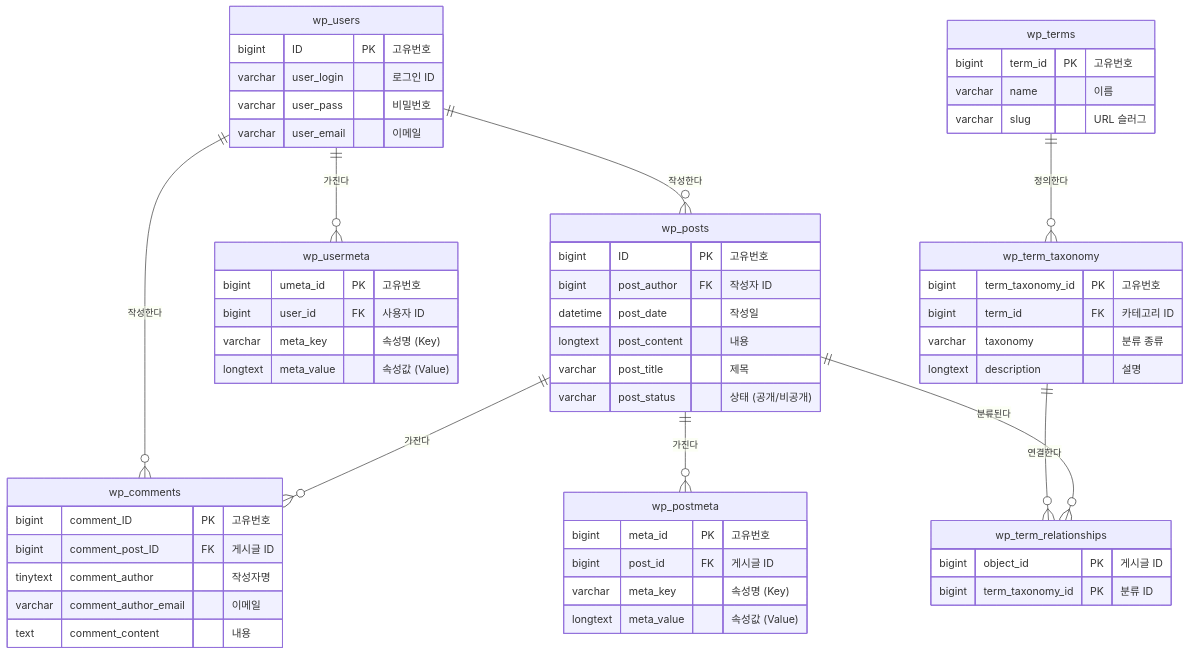
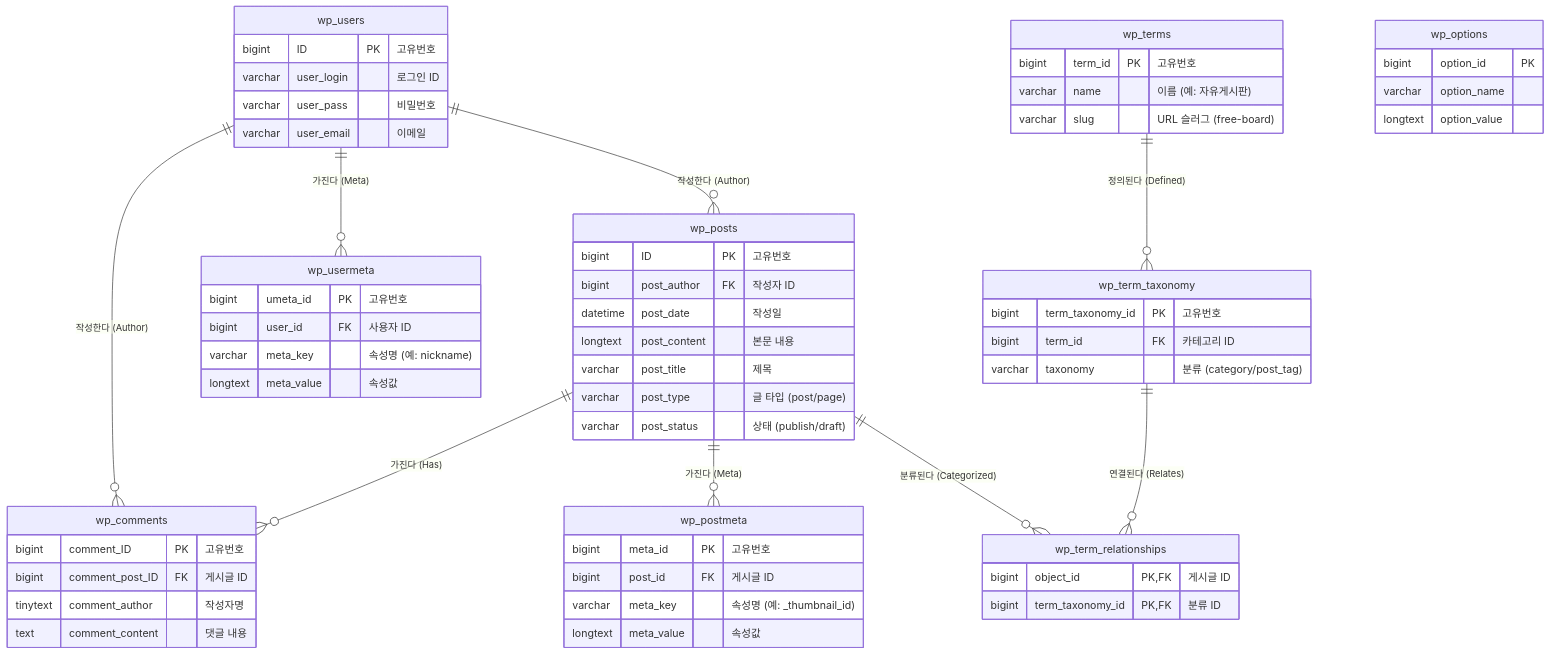
One commit to ggjg330204/team_www changed the diagram in DB_docs/ERD.md. Above: the diagram before and after it, drawn with Mermaid. The commit also changed other lines of this file, not shown here.

````diff
--- a/DB_docs/ERD.md
+++ b/DB_docs/ERD.md
@@ -57,67 +37,78 @@
 ```mermaid
 erDiagram
-    wp_users ||--o{ wp_posts : "작성한다"
-    wp_users ||--o{ wp_comments : "작성한다"
-    wp_posts ||--o{ wp_comments : "가진다"
-    wp_posts ||--o{ wp_postmeta : "가진다"
-    wp_users ||--o{ wp_usermeta : "가진다"
-    wp_terms ||--o{ wp_term_taxonomy : "정의한다"
-    wp_term_taxonomy ||--o{ wp_term_relationships : "연결한다"
-    wp_posts ||--o{ wp_term_relationships : "분류된다"
+    %% 사용자 영역
+    wp_users ||--o{ wp_posts : "작성한다 (Author)"
+    wp_users ||--o{ wp_comments : "작성한다 (Author)"
+    wp_users ||--o{ wp_usermeta : "가진다 (Meta)"
+
+    %% 콘텐츠 영역
+    wp_posts ||--o{ wp_comments : "가진다 (Has)"
+    wp_posts ||--o{ wp_postmeta : "가진다 (Meta)"
+    wp_posts ||--o{ wp_term_relationships : "분류된다 (Categorized)"
+
+    %% 분류 영역
+    wp_terms ||--o{ wp_term_taxonomy : "정의된다 (Defined)"
+    wp_term_taxonomy ||--o{ wp_term_relationships : "연결된다 (Relates)"
+
+    %% 설정 영역 (독립적)
+    wp_options {
+        bigint option_id PK
+        varchar option_name
+        longtext option_value
+    }
 
     wp_users {
         bigint ID PK "고유번호"
         varchar user_login "로그인 ID"
         varchar user_pass "비밀번호"
         varchar user_email "이메일"
     }
 
     wp_posts {
         bigint ID PK "고유번호"
         bigint post_author FK "작성자 ID"
         datetime post_date "작성일"
-        longtext post_content "내용"
+        longtext post_content "본문 내용"
         varchar post_title "제목"
-        varchar post_status "상태 (공개/비공개)"
+        varchar post_type "글 타입 (post/page)"
+        varchar post_status "상태 (publish/draft)"
     }
 
     wp_comments {
         bigint comment_ID PK "고유번호"
         bigint comment_post_ID FK "게시글 ID"
         tinytext comment_author "작성자명"
-        varchar comment_author_email "이메일"
-        text comment_content "내용"
+        text comment_content "댓글 내용"
     }
 
     wp_postmeta {
         bigint meta_id PK "고유번호"
         bigint post_id FK "게시글 ID"
-        varchar meta_key "속성명 (Key)"
-        longtext meta_value "속성값 (Value)"
+        varchar meta_key "속성명 (예: _thumbnail_id)"
+        longtext meta_value "속성값"
     }
 
     wp_usermeta {
         bigint umeta_id PK "고유번호"
         bigint user_id FK "사용자 ID"
-        varchar meta_key "속성명 (Key)"
-        longtext meta_value "속성값 (Value)"
+        varchar meta_key "속성명 (예: nickname)"
+        longtext meta_value "속성값"
     }
 
     wp_terms {
         bigint term_id PK "고유번호"
-        varchar name "이름"
-        varchar slug "URL 슬러그"
+        varchar name "이름 (예: 자유게시판)"
+        varchar slug "URL 슬러그 (free-board)"
     }
 
     wp_term_taxonomy {
         bigint term_taxonomy_id PK "고유번호"
         bigint term_id FK "카테고리 ID"
-        varchar taxonomy "분류 종류"
-        longtext description "설명"
+        varchar taxonomy "분류 (category/post_tag)"
     }
 
     wp_term_relationships {
-        bigint object_id PK "게시글 ID"
-        bigint term_taxonomy_id PK "분류 ID"
+        bigint object_id PK, FK "게시글 ID"
+        bigint term_taxonomy_id PK, FK "분류 ID"
     }
 ```
````
